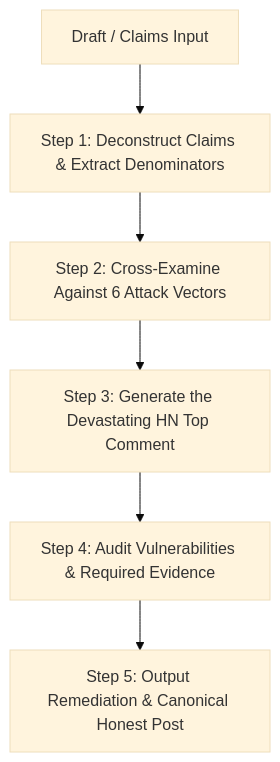
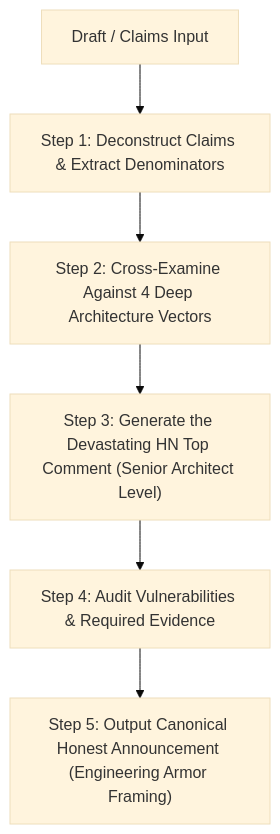
One commit to paulocsanz/pedradb changed the diagram in .agents/skills/hackernews-adversarial-review/SKILL.md. Above: the diagram before and after it, drawn with Mermaid (base theme). The commit also changed other lines of this file and 228 other files, not shown here.

````diff
--- a/.agents/skills/hackernews-adversarial-review/SKILL.md
+++ b/.agents/skills/hackernews-adversarial-review/SKILL.md
@@ -88,8 +78,8 @@
 ```mermaid
 flowchart TD
     A["Draft / Claims Input"] --> B["Step 1: Deconstruct Claims & Extract Denominators"]
-    B --> C["Step 2: Cross-Examine Against 6 Attack Vectors"]
-    C --> D["Step 3: Generate the Devastating HN Top Comment"]
+    B --> C["Step 2: Cross-Examine Against 4 Deep Architecture Vectors"]
+    C --> D["Step 3: Generate the Devastating HN Top Comment (Senior Architect Level)"]
     D --> E["Step 4: Audit Vulnerabilities & Required Evidence"]
-    E --> F["Step 5: Output Remediation & Canonical Honest Post"]
+    E --> F["Step 5: Output Canonical Honest Announcement (Engineering Armor Framing)"]
 ```
````
